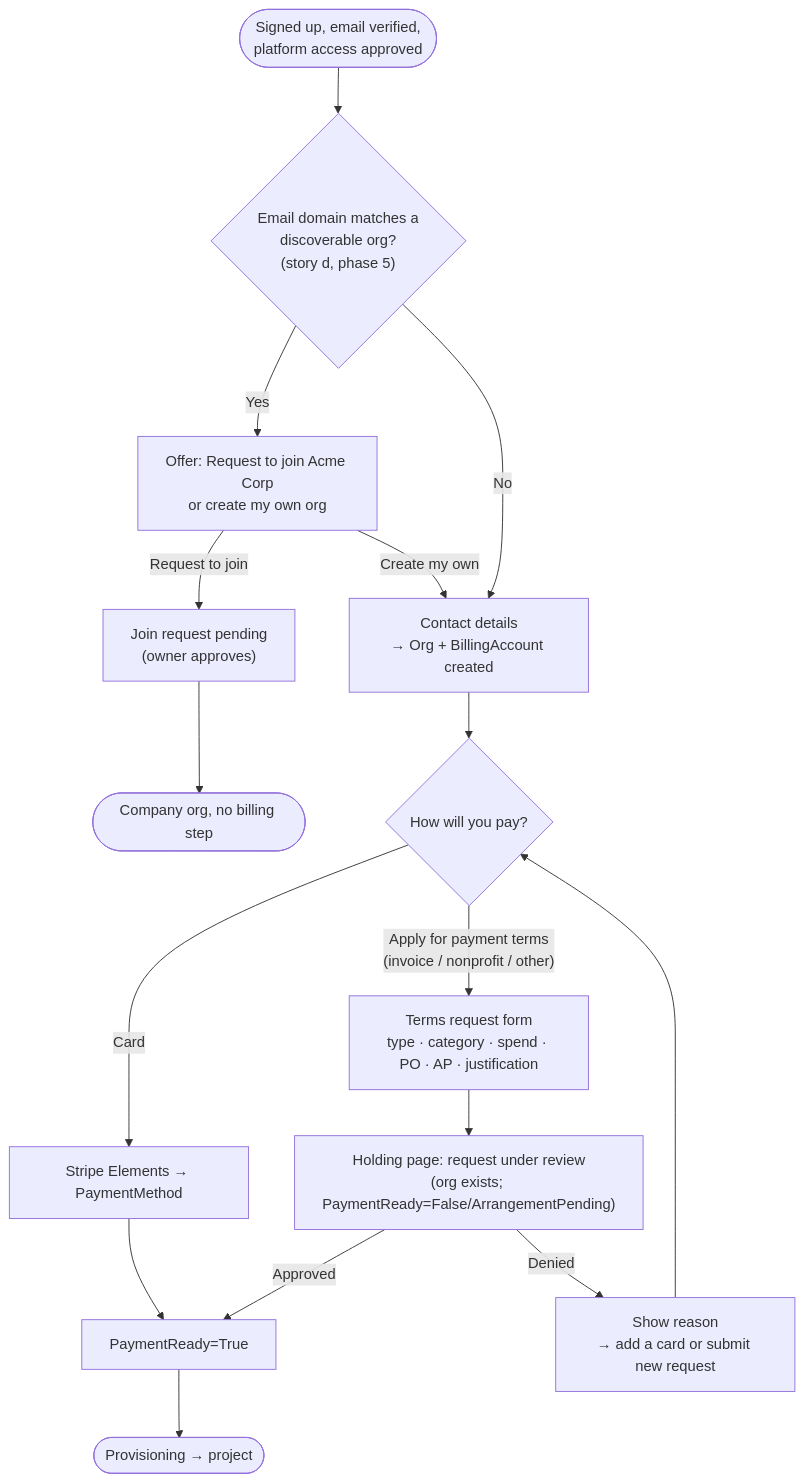
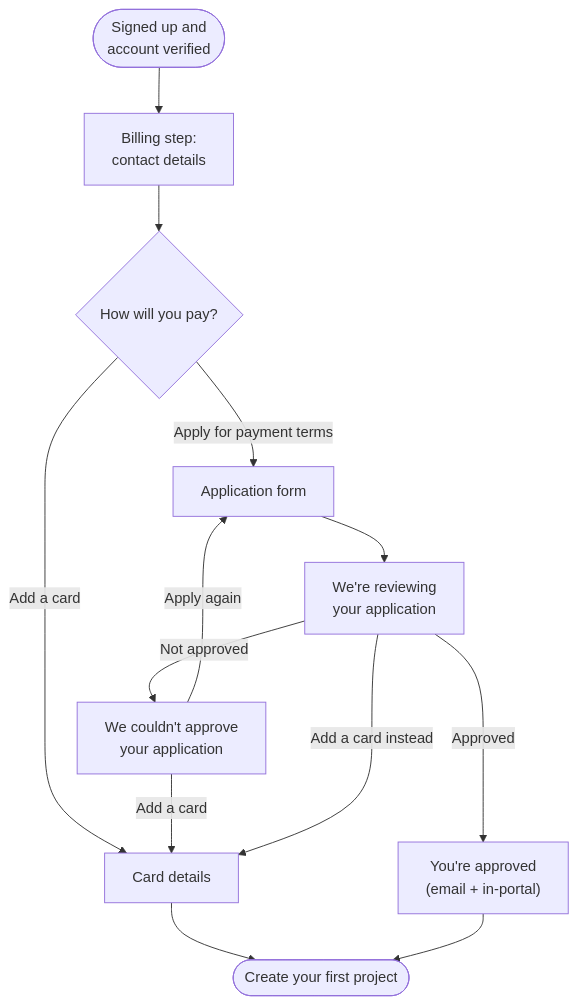
The diagram in docs/enhancements/billing-arrangements.md (milo-os/billing), drawn with Mermaid before and after one commit. The commit also changed other lines of this file and 12 other files, not shown here.

````diff
--- a/docs/enhancements/billing-arrangements.md
+++ b/docs/enhancements/billing-arrangements.md
@@ -779,17 +192,14 @@
 ```mermaid
 flowchart TD
-    start([Signed up, email verified,<br/>platform access approved]) --> domain{"Email domain matches a<br/>discoverable org?<br/>(story d, phase 5)"}
-    domain -- Yes --> join["Offer: Request to join Acme Corp<br/>or create my own org"]
-    join -- "Request to join" --> joinWait["Join request pending<br/>(owner approves)"] --> orgHome([Company org, no billing step])
-    join -- "Create my own" --> contact
-    domain -- No --> contact["Contact details<br/>→ Org + BillingAccount created"]
-
+    start([Signed up and<br/>account verified]) --> contact["Billing step:<br/>contact details"]
     contact --> choose{"How will you pay?"}
-    choose -- "Card" --> card["Stripe Elements → PaymentMethod"] --> ready
-    choose -- "Apply for payment terms<br/>(invoice / nonprofit / other)" --> form["Terms request form<br/>type · category · spend · PO · AP · justification"]
-    form --> pending["Holding page: request under review<br/>(org exists; PaymentReady=False/ArrangementPending)"]
-    pending -- "Approved" --> ready["PaymentReady=True"]
-    pending -- "Denied" --> denied["Show reason<br/>→ add a card or submit new request"]
-    denied --> choose
-    ready --> prov([Provisioning → project])
+    choose -- "Add a card" --> card["Card details"] --> ready
+    choose -- "Apply for payment terms" --> form["Application form"]
+    form --> review["We're reviewing<br/>your application"]
+    review -- "Approved" --> approved["You're approved<br/>(email + in-portal)"] --> ready
+    review -- "Not approved" --> declined["We couldn't approve<br/>your application"]
+    declined -- "Add a card" --> card
+    declined -- "Apply again" --> form
+    review -- "Add a card instead" --> card
+    ready([Create your first project])
 ```
````
